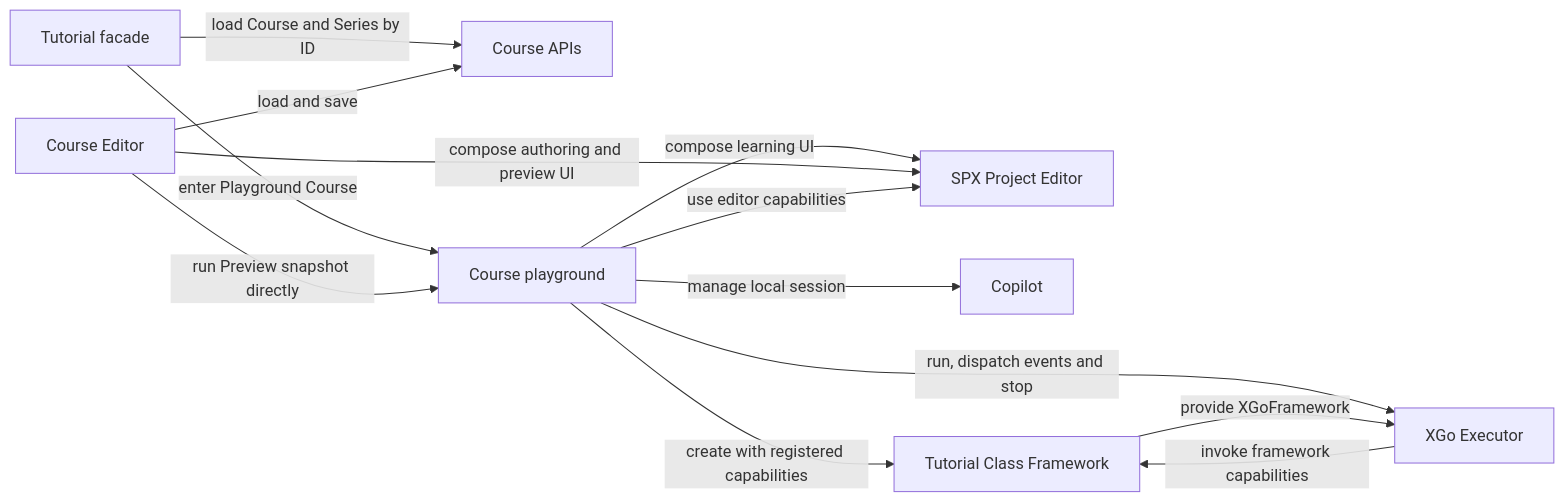
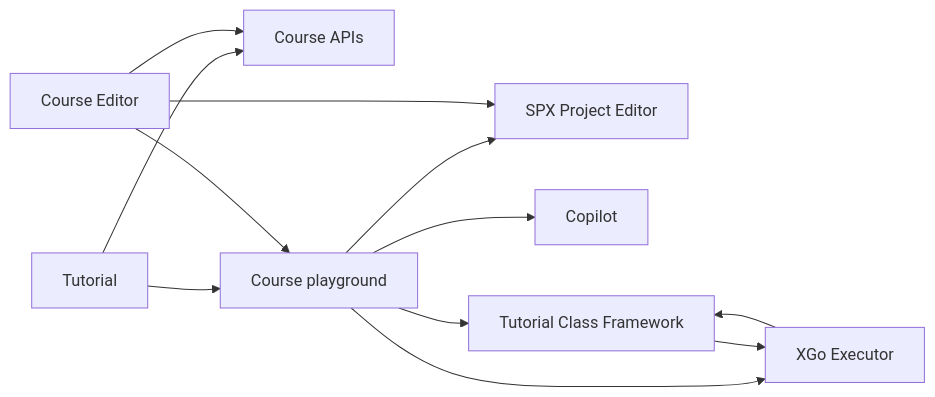
One commit to nighca/goplus-builder changed the diagram in docs/develop/tutorial-v2/index.md. Above: the diagram before and after it, drawn with Mermaid. The commit also changed other lines of this file, not shown here.

Commit message:
Keep Tutorial v2 overview at module level

````diff
--- a/docs/develop/tutorial-v2/index.md
+++ b/docs/develop/tutorial-v2/index.md
@@ -98,18 +60,17 @@
 ```mermaid
 flowchart LR
-    Tutorial["Tutorial facade"] -->|load Course and Series by ID| CourseApis["Course APIs"]
-    Tutorial -->|enter Playground Course| CoursePlayground["Course playground"]
-    CoursePlayground -->|compose learning UI| ProjectEditor["SPX Project Editor"]
+    Tutorial["Tutorial"] --> CourseApis["Course APIs"]
+    Tutorial --> CoursePlayground["Course playground"]
+    CoursePlayground --> ProjectEditor["SPX Project Editor"]
 
-    CourseEditor["Course Editor"] -->|load and save| CourseApis
-    CourseEditor -->|compose authoring and preview UI| ProjectEditor
-    CourseEditor -->|run Preview snapshot directly| CoursePlayground
+    CourseEditor["Course Editor"] --> CourseApis
+    CourseEditor --> ProjectEditor
+    CourseEditor --> CoursePlayground
 
-    CoursePlayground -->|use editor capabilities| ProjectEditor
-    CoursePlayground -->|manage local session| Copilot
-    CoursePlayground -->|create with registered capabilities| Framework["Tutorial Class Framework"]
-    CoursePlayground -->|run, dispatch events and stop| Executor["XGo Executor"]
+    CoursePlayground --> Copilot
+    CoursePlayground --> Framework["Tutorial Class Framework"]
+    CoursePlayground --> Executor["XGo Executor"]
 
-    Framework -->|provide XGoFramework| Executor
-    Executor -->|invoke framework capabilities| Framework
+    Framework --> Executor
+    Executor --> Framework
 ```
````
